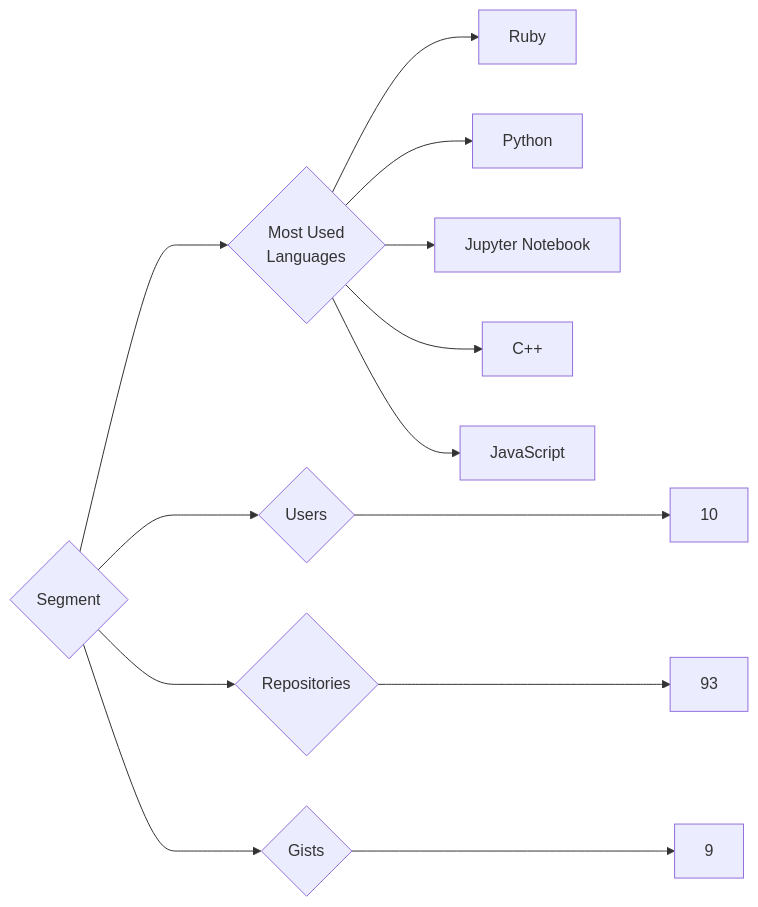
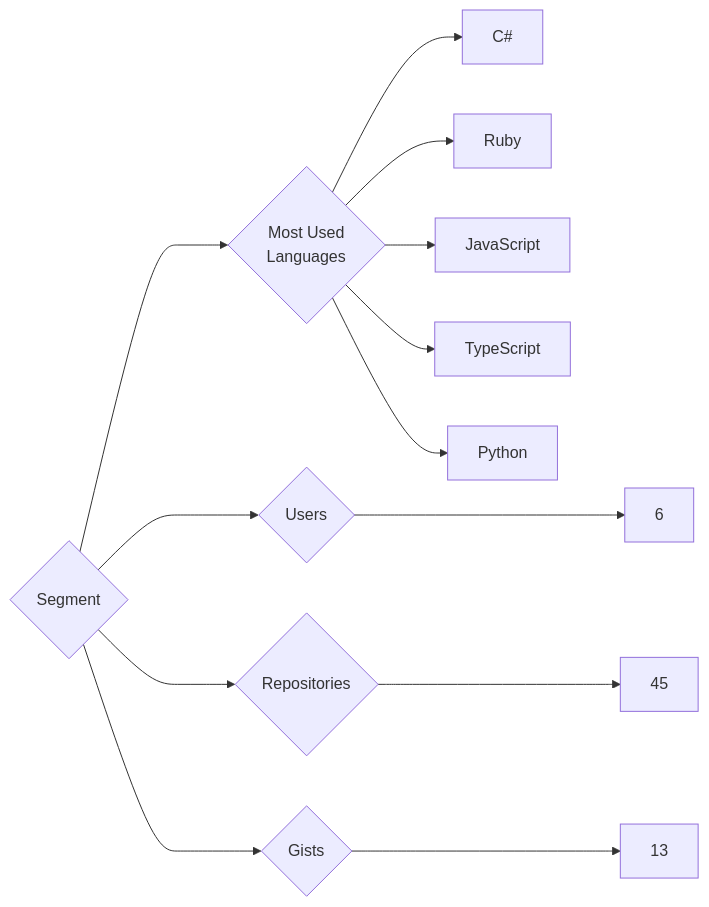
The diagram in targets/Segment/README.md (trickest/insiders), drawn with Mermaid before and after one commit. The commit also changed 597 other files, not shown here.

````diff
--- a/targets/Segment/README.md
+++ b/targets/Segment/README.md
@@ -3,13 +3,13 @@
 ```mermaid
 graph LR
 COMPANY_NAME{Segment}
-COMPANY_NAME ---> U{Users} ---> UN[10]
-COMPANY_NAME ---> R{Repositories} ---> RN[93]
-COMPANY_NAME ---> G{Gists} ---> GN[9]
+COMPANY_NAME ---> U{Users} ---> UN[6]
+COMPANY_NAME ---> R{Repositories} ---> RN[45]
+COMPANY_NAME ---> G{Gists} ---> GN[13]
 COMPANY_NAME ---> ML{Most Used<br>Languages}
+ML --> C#[C#]
 ML --> Ruby[Ruby]
+ML --> JavaScript[JavaScript]
+ML --> TypeScript[TypeScript]
 ML --> Python[Python]
-ML --> Jupyter_Notebook[Jupyter Notebook]
-ML --> C++[C++]
-ML --> JavaScript[JavaScript]
 ```
````
